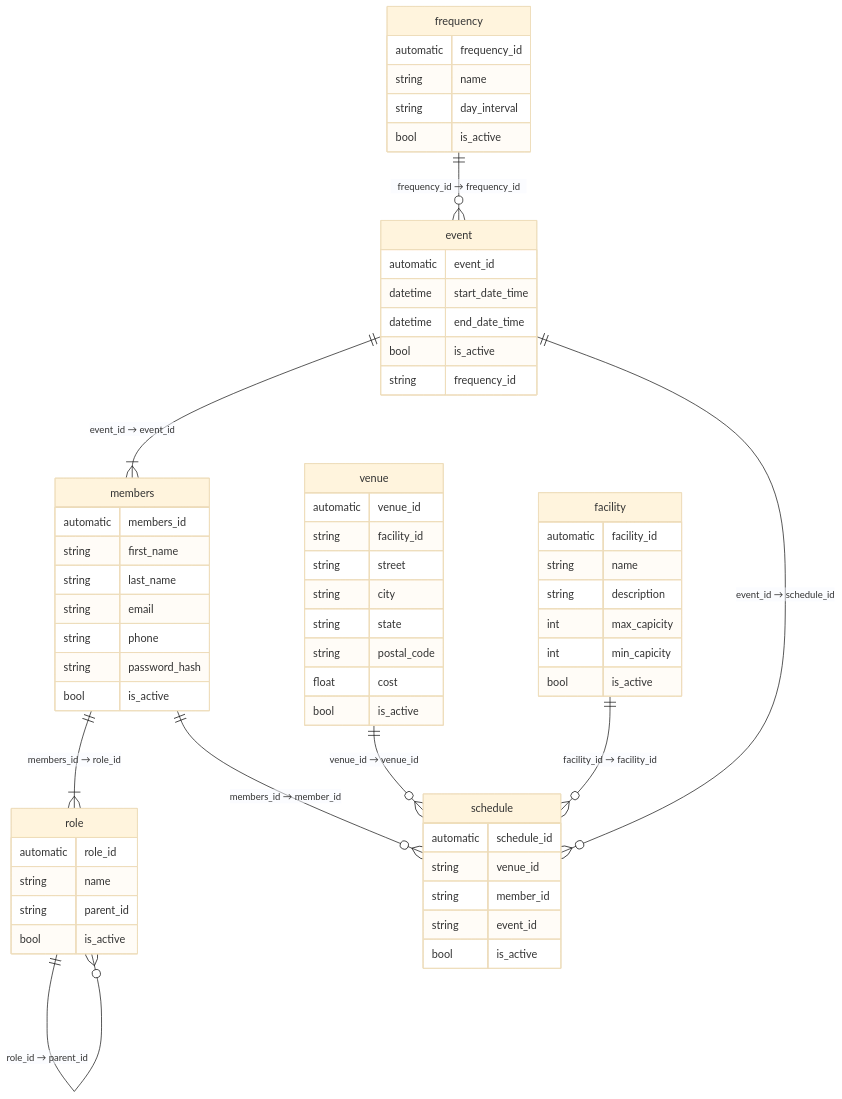
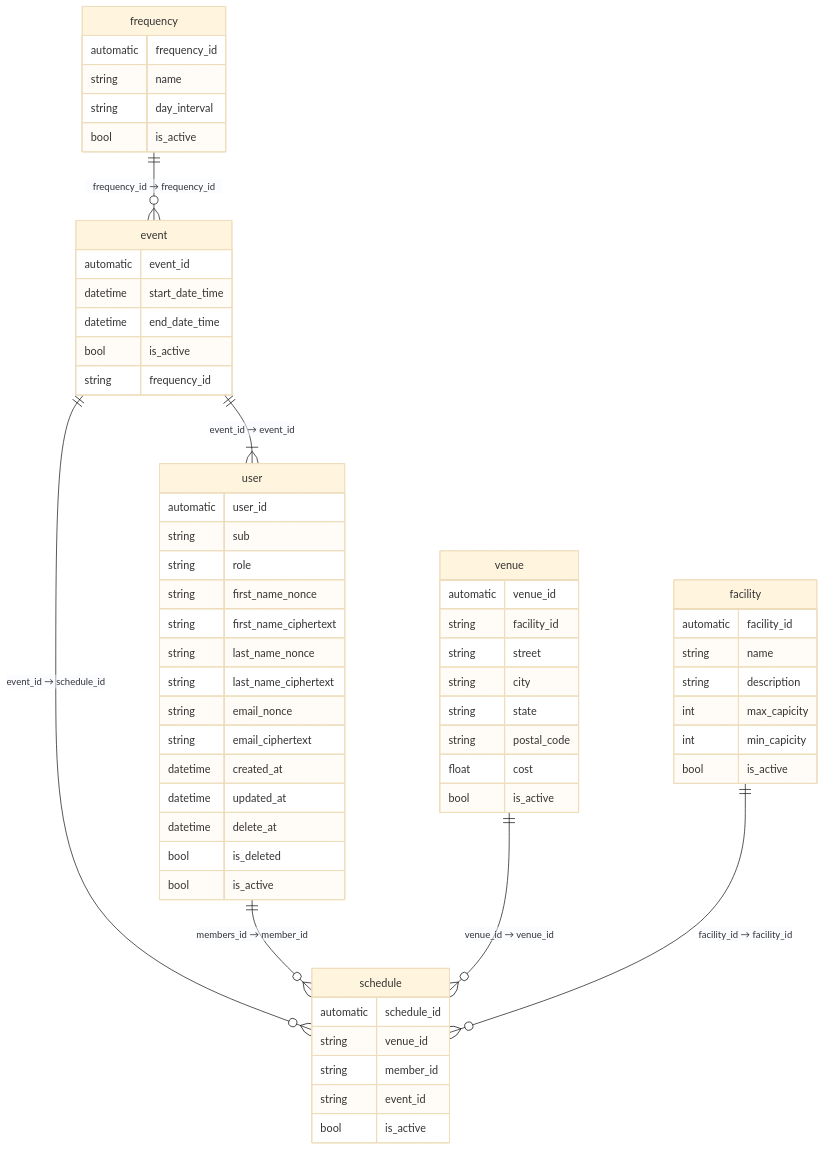
The diagram in docs/erd.mmd (pbaletkeman/swimlane), drawn with Mermaid (base theme) before and after one commit. The commit also changed 9 other files, not shown here.

```diff
--- a/docs/erd.mmd
+++ b/docs/erd.mmd
@@ -1,63 +1,63 @@
 erDiagram
     frequency ||--o{ event : "frequency_id → frequency_id"
-    event ||--|{ members : "event_id → event_id"
-    members ||--|{ role : "members_id → role_id"
+    event ||--|{ user : "event_id → event_id"
     event ||--o{ schedule : "event_id → schedule_id"
-    members ||--o{ schedule : "members_id → member_id"
+    user ||--o{ schedule : "members_id → member_id"
     venue ||--o{ schedule : "venue_id → venue_id"
     facility ||--o{ schedule : "facility_id → facility_id"
-    role ||--o{ role : "role_id → parent_id"
 
-    role {
-        automatic role_id
-        string name
-        string parent_id
-        bool is_active
-    }
+
     frequency {
         automatic frequency_id
         string name
         string day_interval
         bool is_active
     }
     event {
         automatic event_id
         datetime start_date_time
         datetime end_date_time
         bool is_active
         string frequency_id
     }
-    members {
-        automatic members_id
-        string first_name
-        string last_name
-        string email
-        string phone
-        string password_hash
+    user {
+        automatic user_id
+        string sub
+        string role
+        string first_name_nonce
+        string first_name_ciphertext
+        string last_name_nonce
+        string last_name_ciphertext
+        string email_nonce
+        string email_ciphertext
+        datetime created_at
+        datetime updated_at
+        datetime delete_at
+        bool is_deleted
         bool is_active
     }
     venue {
         automatic venue_id
         string facility_id
         string street
         string city
         string state
         string postal_code
         float cost
         bool is_active
     }
     facility {
         automatic facility_id
         string name
         string description
         int max_capicity
         int min_capicity
         bool is_active
     }
     schedule {
         automatic schedule_id
         string venue_id
         string member_id
         string event_id
         bool is_active
     }
```
